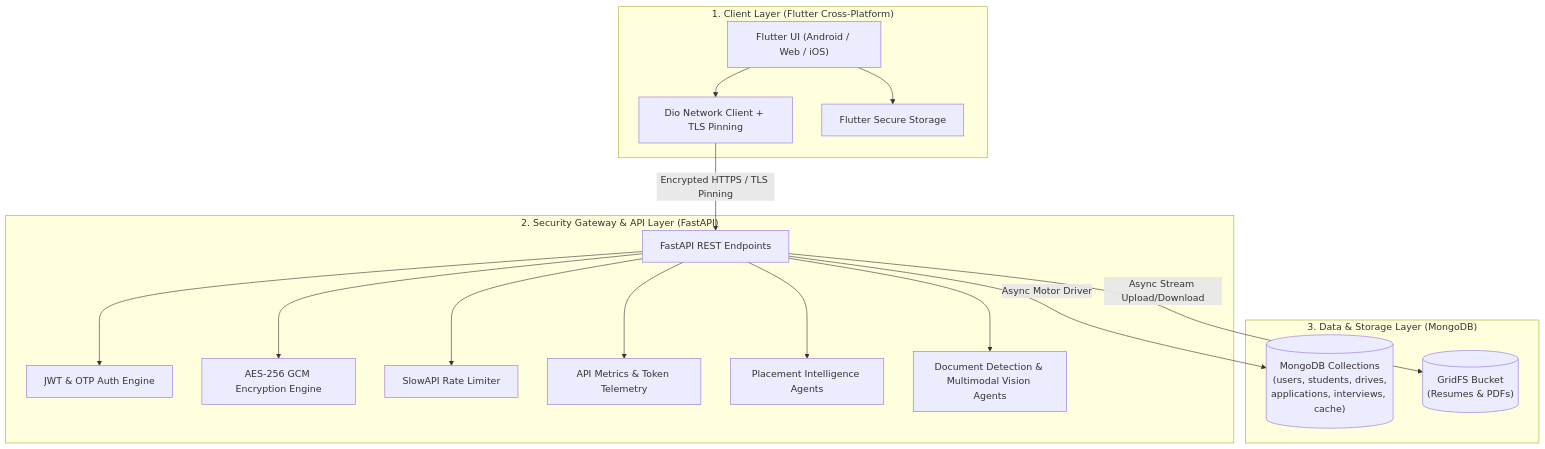
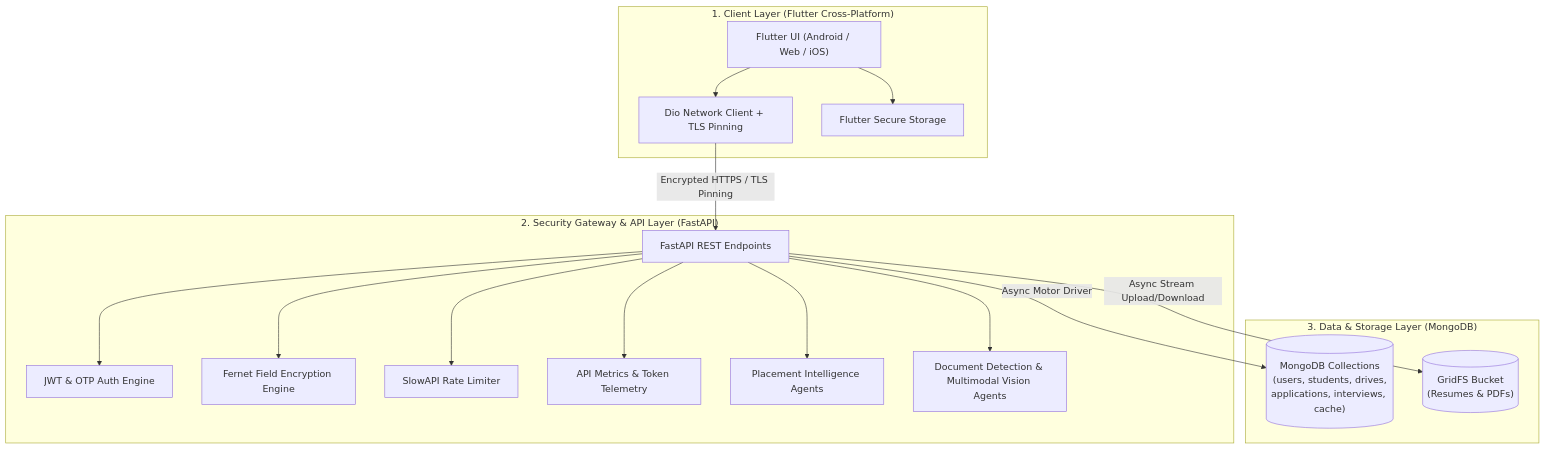
Before and after one commit to yash0622/TalentLOQ: the diagram in README.md, drawn with Mermaid. The commit also changed other lines of this file and 50 other files, not shown here.

````diff
--- a/README.md
+++ b/README.md
@@ -85,35 +85,35 @@
 ```mermaid
 flowchart TD
     subgraph Client ["1. Client Layer (Flutter Cross-Platform)"]
         UI["Flutter UI (Android / Web / iOS)"]
         Dio["Dio Network Client + TLS Pinning"]
         Storage["Flutter Secure Storage"]
         UI --> Dio
         UI --> Storage
     end
 
     subgraph Gateway ["2. Security Gateway & API Layer (FastAPI)"]
         API["FastAPI REST Endpoints"]
         Auth["JWT & OTP Auth Engine"]
-        AES["AES-256 GCM Encryption Engine"]
+        AES["Fernet Field Encryption Engine"]
         Limiter["SlowAPI Rate Limiter"]
         Observability["API Metrics & Token Telemetry"]
         AI_Engine["Placement Intelligence Agents"]
         Parser["Document Detection & Multimodal Vision Agents"]
         API --> Auth
         API --> AES
         API --> Limiter
         API --> Observability
         API --> AI_Engine
         API --> Parser
     end
 
     subgraph Database ["3. Data & Storage Layer (MongoDB)"]
         Mongo[("MongoDB Collections\n(users, students, drives,\napplications, interviews, cache)")]
         GridFS[("GridFS Bucket\n(Resumes & PDFs)")]
     end
 
     Dio -- "Encrypted HTTPS / TLS Pinning" --> API
     API -- "Async Motor Driver" --> Mongo
     API -- "Async Stream Upload/Download" --> GridFS
 ```
````
